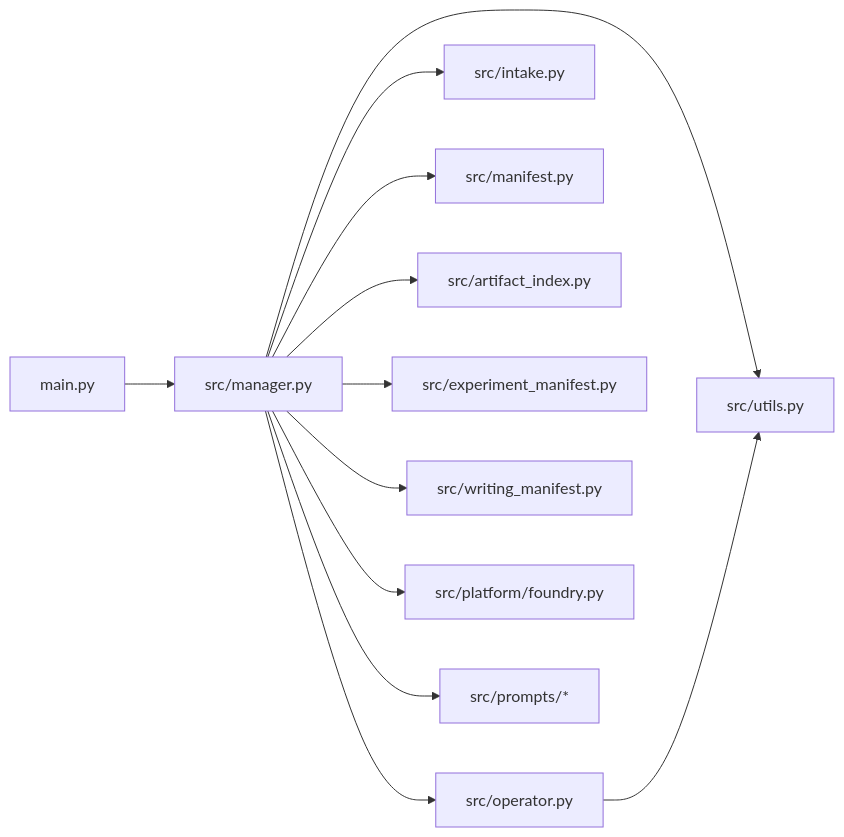
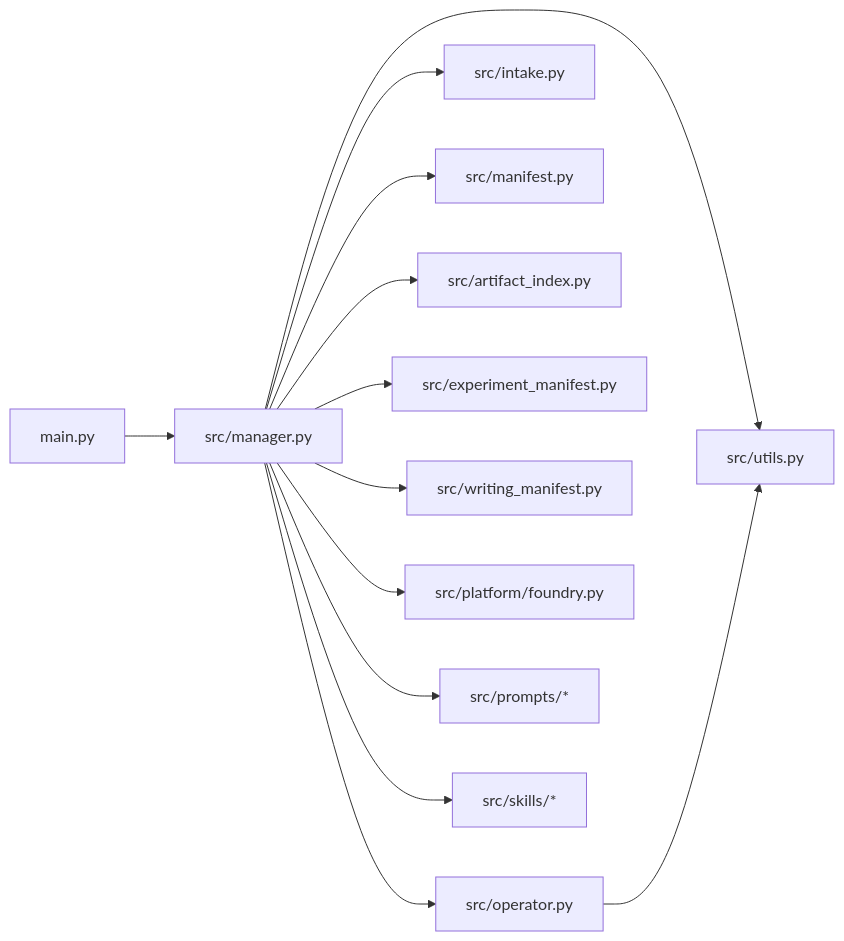
The third of 4 diagrams in README.md (tangxiangru/AutoR), drawn with Mermaid before and after one commit. The commit also changed other lines of this file and 17 other files, not shown here.

````diff
--- a/README.md
+++ b/README.md
@@ -627,14 +630,15 @@
 ```mermaid
 flowchart LR
     A[main.py] --> B[src/manager.py]
     B --> C[src/operator.py]
     B --> D[src/intake.py]
     B --> E[src/manifest.py]
     B --> F[src/artifact_index.py]
     B --> G[src/experiment_manifest.py]
     B --> H[src/utils.py]
     B --> I[src/writing_manifest.py]
     B --> J[src/platform/foundry.py]
     B --> K[src/prompts/*]
+    B --> L[src/skills/*]
     C --> H
 ```
````
